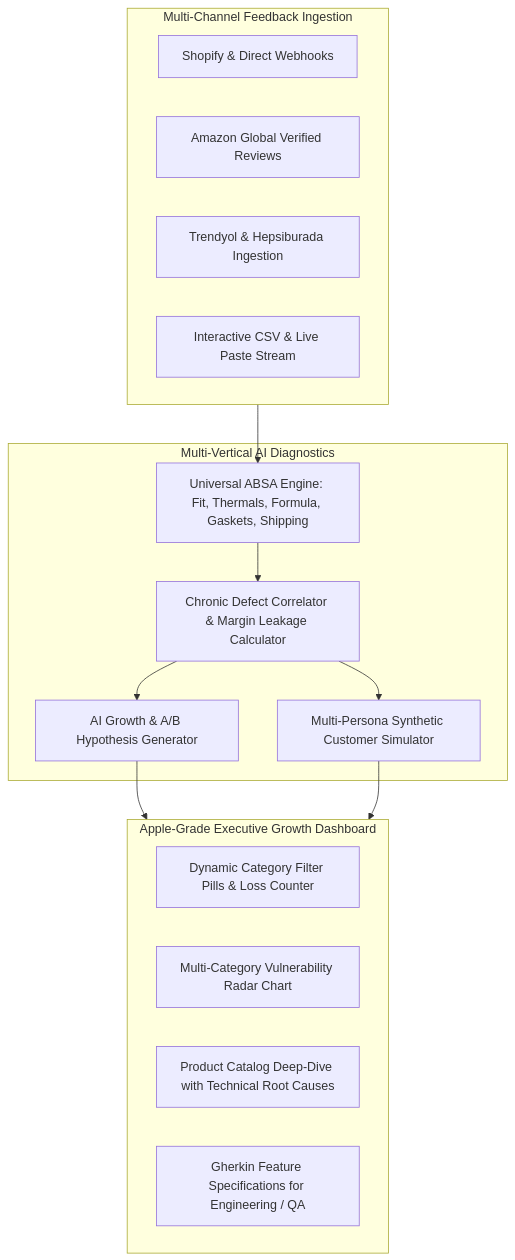
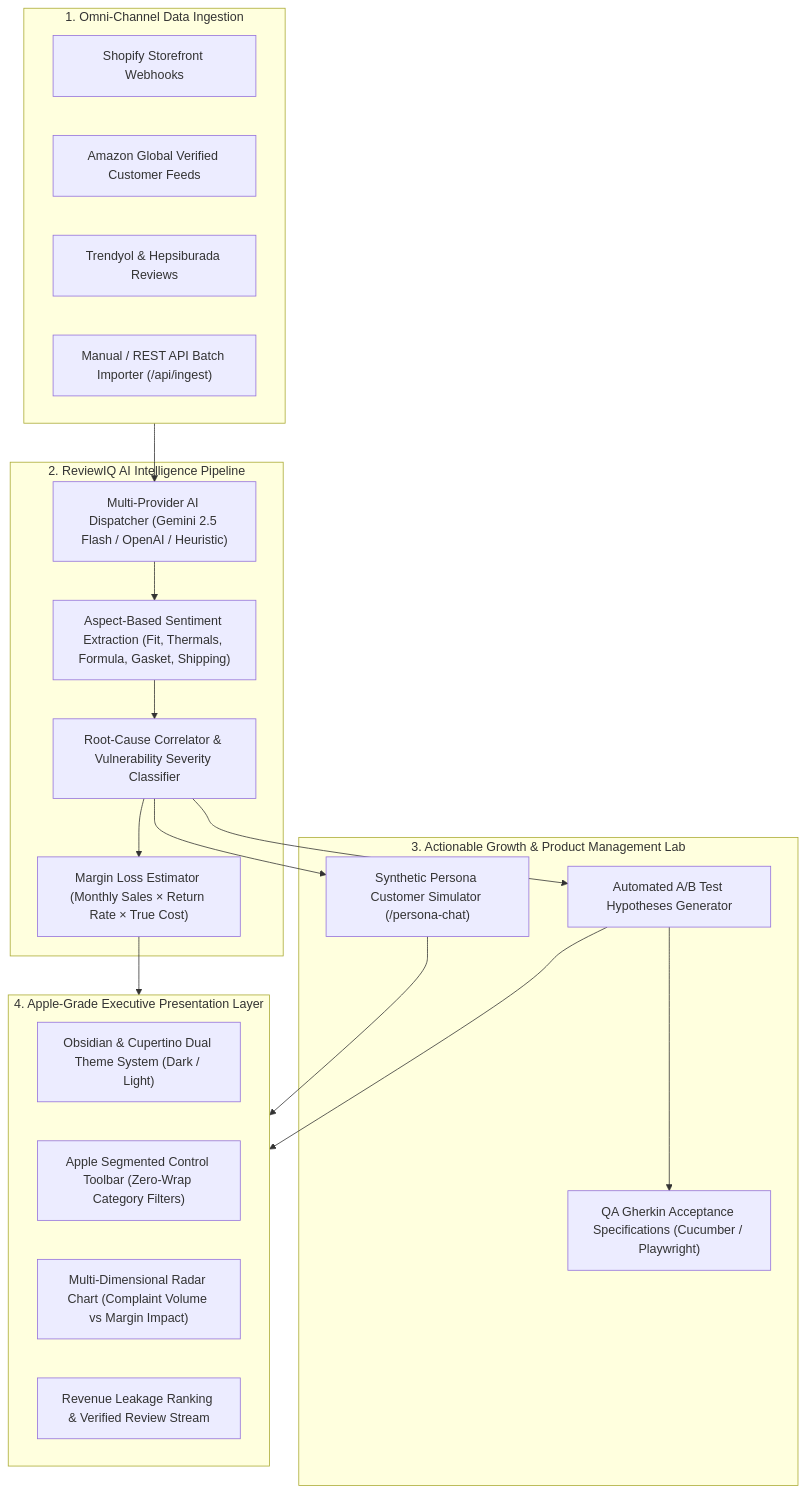
The diagram in README.md (Tngc93/Omni-Channel-E-Commerce-Growth-Review-Intelligence-Engine.), drawn with Mermaid before and after one commit. The commit also changed other lines of this file, not shown here.

Commit message:
docs: comprehensive executive-grade technical documentation and architecture in README

````diff
--- a/README.md
+++ b/README.md
@@ -40,30 +55,37 @@
 ```mermaid
-graph TD
-    subgraph Multi_Channel_Ingestion [Multi-Channel Feedback Ingestion]
-        A1[Shopify & Direct Webhooks]
-        A2[Amazon Global Verified Reviews]
-        A3[Trendyol & Hepsiburada Ingestion]
-        A4[Interactive CSV & Live Paste Stream]
+flowchart TD
+    subgraph INGESTION ["1. Omni-Channel Data Ingestion"]
+        A1["Shopify Storefront Webhooks"]
+        A2["Amazon Global Verified Customer Feeds"]
+        A3["Trendyol & Hepsiburada Reviews"]
+        A4["Manual / REST API Batch Importer (/api/ingest)"]
     end
 
-    subgraph AI_Intelligence_Pipeline [Multi-Vertical AI Diagnostics]
-        B[Universal ABSA Engine: Fit, Thermals, Formula, Gaskets, Shipping]
-        C[Chronic Defect Correlator & Margin Leakage Calculator]
-        D[AI Growth & A/B Hypothesis Generator]
-        E[Multi-Persona Synthetic Customer Simulator]
+    subgraph ENGINE ["2. ReviewIQ AI Intelligence Pipeline"]
+        B1["Multi-Provider AI Dispatcher (Gemini 2.5 Flash / OpenAI / Heuristic)"]
+        B2["Aspect-Based Sentiment Extraction (Fit, Thermals, Formula, Gasket, Shipping)"]
+        B3["Root-Cause Correlator & Vulnerability Severity Classifier"]
+        B4["Margin Loss Estimator (Monthly Sales × Return Rate × True Cost)"]
     end
 
-    subgraph Presentation_Layer [Apple-Grade Executive Growth Dashboard]
-        F1[Dynamic Category Filter Pills & Loss Counter]
-        F2[Multi-Category Vulnerability Radar Chart]
-        F3[Product Catalog Deep-Dive with Technical Root Causes]
-        F4[Gherkin Feature Specifications for Engineering / QA]
+    subgraph ACTION ["3. Actionable Growth & Product Management Lab"]
+        C1["Automated A/B Test Hypotheses Generator"]
+        C2["QA Gherkin Acceptance Specifications (Cucumber / Playwright)"]
+        C3["Synthetic Persona Customer Simulator (/persona-chat)"]
     end
 
-    Multi_Channel_Ingestion --> B
-    B --> C
-    C --> D
-    C --> E
-    D --> Presentation_Layer
-    E --> Presentation_Layer
+    subgraph PRESENTATION ["4. Apple-Grade Executive Presentation Layer"]
+        D1["Obsidian & Cupertino Dual Theme System (Dark / Light)"]
+        D2["Apple Segmented Control Toolbar (Zero-Wrap Category Filters)"]
+        D3["Multi-Dimensional Radar Chart (Complaint Volume vs Margin Impact)"]
+        D4["Revenue Leakage Ranking & Verified Review Stream"]
+    end
+
+    INGESTION --> B1
+    B1 --> B2 --> B3 --> B4
+    B3 --> C1 --> C2
+    B3 --> C3
+    B4 --> PRESENTATION
+    C1 --> PRESENTATION
+    C3 --> PRESENTATION
 ```
````
